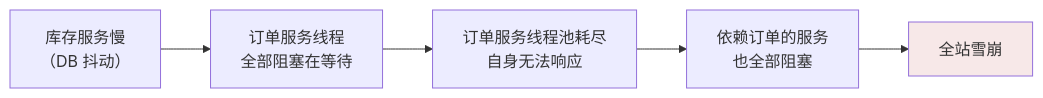
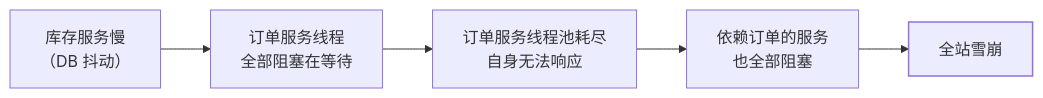
Before and after one commit to Loadhao/ascension: the first of 4 diagrams in src/content/docs/java/advanced/springcloud/05-sentinel.md, drawn with Mermaid. The commit also changed other lines of this file and 87 other files, not shown here.

First line of the commit message:
fix: 全站图表配色改由主题接管，修复暗色主题下浅底浅字看不清

````diff
--- a/src/content/docs/java/advanced/springcloud/05-sentinel.md
+++ b/src/content/docs/java/advanced/springcloud/05-sentinel.md
@@ -10,9 +10,10 @@
 ```mermaid
 flowchart LR
     A["库存服务慢<br/>（DB 抖动）"] --> B["订单服务线程<br/>全部阻塞在等待"]
     B --> C["订单服务线程池耗尽<br/>自身无法响应"]
     C --> D["依赖订单的服务<br/>也全部阻塞"]
     D --> E["全站雪崩"]
 
-    style E fill:#f7e8e8
+    class E bad
+    classDef bad stroke-width:1.5px
 ```
````
